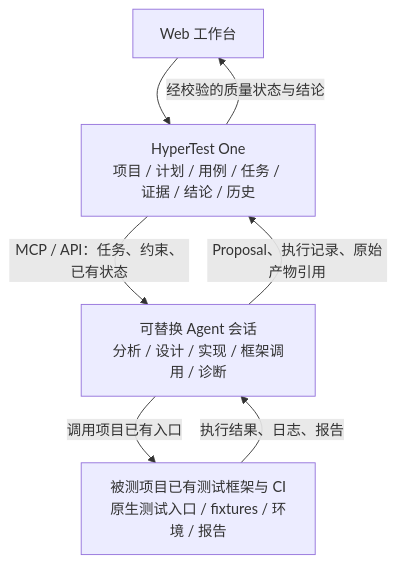
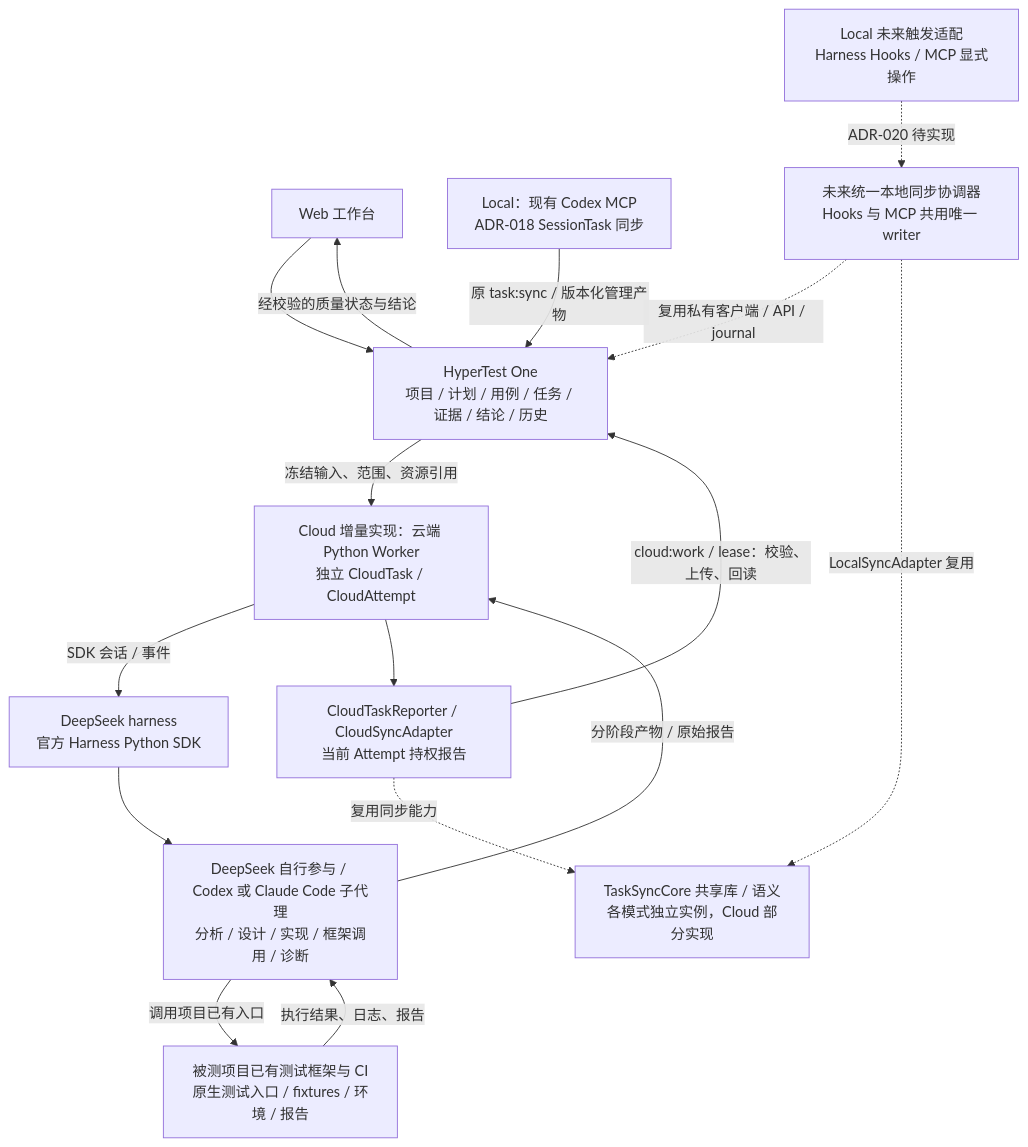
The diagram in docs/foundation/HYPERTEST_WHITEPAPER.md (ZhangLiangchen/hypertest-one), drawn with Mermaid before and after one commit. The commit also changed other lines of this file and 203 other files, not shown here.

First line of the commit message:
Archive frozen pre-integration Cloud and Local workspace

````diff
--- a/docs/foundation/HYPERTEST_WHITEPAPER.md
+++ b/docs/foundation/HYPERTEST_WHITEPAPER.md
@@ -283,13 +405,29 @@
 ```mermaid
 flowchart TB
     UI[Web 工作台]
     HT[HyperTest One<br/>项目 / 计划 / 用例 / 任务 / 证据 / 结论 / 历史]
-    A[可替换 Agent 会话<br/>分析 / 设计 / 实现 / 框架调用 / 诊断]
+    SYNC[Local：现有 Codex MCP<br/>ADR-018 SessionTask 同步]
+    FUTURE[Local 未来触发适配<br/>Harness Hooks / MCP 显式操作]
+    COORD[未来统一本地同步协调器<br/>Hooks 与 MCP 共用唯一 writer]
+    CORE[TaskSyncCore 共享库 / 语义<br/>各模式独立实例，Cloud 部分实现]
+    W[Cloud 增量实现：云端 Python Worker<br/>独立 CloudTask / CloudAttempt]
+    REPORTER[CloudTaskReporter / CloudSyncAdapter<br/>当前 Attempt 持权报告]
+    D[DeepSeek harness<br/>官方 Harness Python SDK]
+    A[DeepSeek 自行参与 / Codex 或 Claude Code 子代理<br/>分析 / 设计 / 实现 / 框架调用 / 诊断]
     SUT[被测项目已有测试框架与 CI<br/>原生测试入口 / fixtures / 环境 / 报告]
     UI --> HT
-    HT -->|MCP / API：任务、约束、已有状态| A
-    A -->|Proposal、执行记录、原始产物引用| HT
+    SYNC -->|原 task:sync / 版本化管理产物| HT
+    FUTURE -.->|ADR-020 待实现| COORD
+    COORD -.->|复用私有客户端 / API / journal| HT
+    COORD -.->|LocalSyncAdapter 复用| CORE
+    HT -->|冻结输入、范围、资源引用| W
+    W -->|SDK 会话 / 事件| D
+    D --> A
+    A -->|分阶段产物 / 原始报告| W
+    W --> REPORTER
+    REPORTER -.->|复用同步能力| CORE
+    REPORTER -->|cloud:work / lease：校验、上传、回读| HT
     A -->|调用项目已有入口| SUT
     SUT -->|执行结果、日志、报告| A
     HT -->|经校验的质量状态与结论| UI
 ```
````
